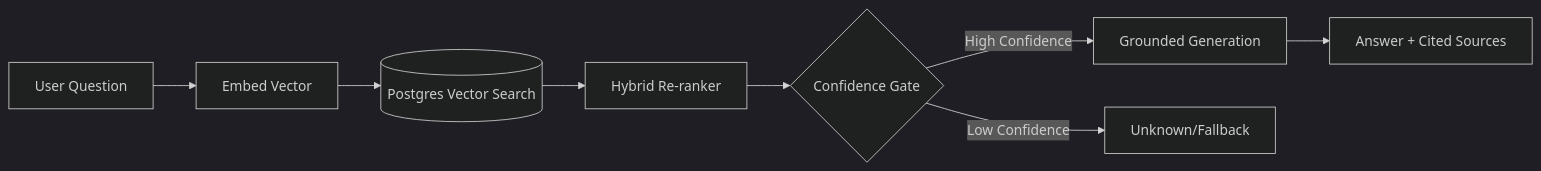
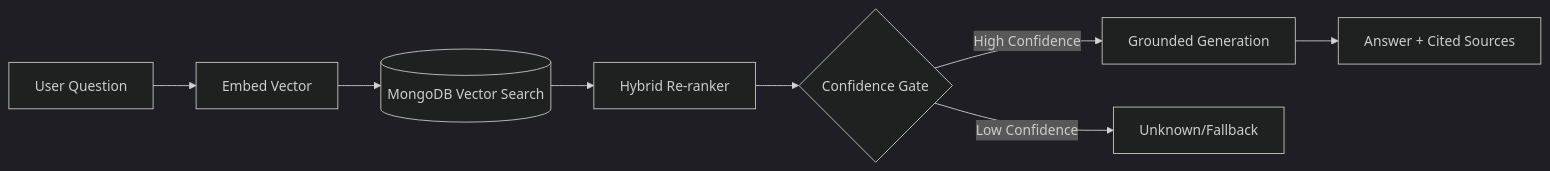
Before and after one commit to codeyaman/college-ko-jane: the diagram in README.md, drawn with Mermaid (dark theme). The commit also changed other lines of this file, not shown here.

Commit message:
docs: Update Vercel URL and database stack to MongoDB Atlas

````diff
--- a/README.md
+++ b/README.md
@@ -102,10 +102,10 @@
 ```mermaid
 graph LR
     Q[User Question] --> E[Embed Vector]
-    E --> DB[(Postgres Vector Search)]
+    E --> DB[(MongoDB Vector Search)]
     DB --> R[Hybrid Re-ranker]
     R --> G{Confidence Gate}
     G -- High Confidence --> Gen[Grounded Generation]
     G -- Low Confidence --> U[Unknown/Fallback]
     Gen --> A[Answer + Cited Sources]
 ```
````
